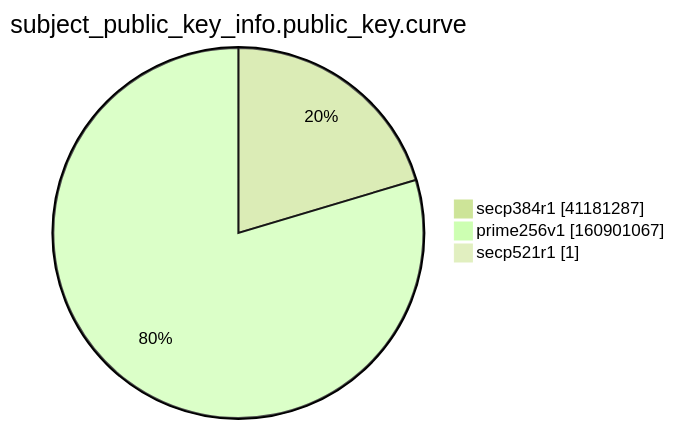
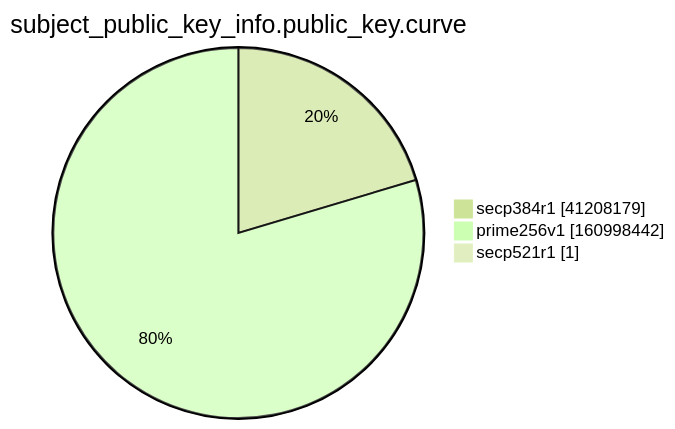
Before and after one commit to christiankrug/ctmonitor_visualization: the ninth of 15 diagrams in xenon2022/README.md, drawn with Mermaid (forest theme). The commit also changed other lines of this file, not shown here.

````diff
--- a/xenon2022/README.md
+++ b/xenon2022/README.md
@@ -2868,7 +2868,7 @@
 ```mermaid
 pie showData
 title subject_public_key_info.public_key.curve
-"secp384r1" :41181287
-"prime256v1" :160901067
+"secp384r1" :41208179
+"prime256v1" :160998442
 "secp521r1" :1
 ```
````
